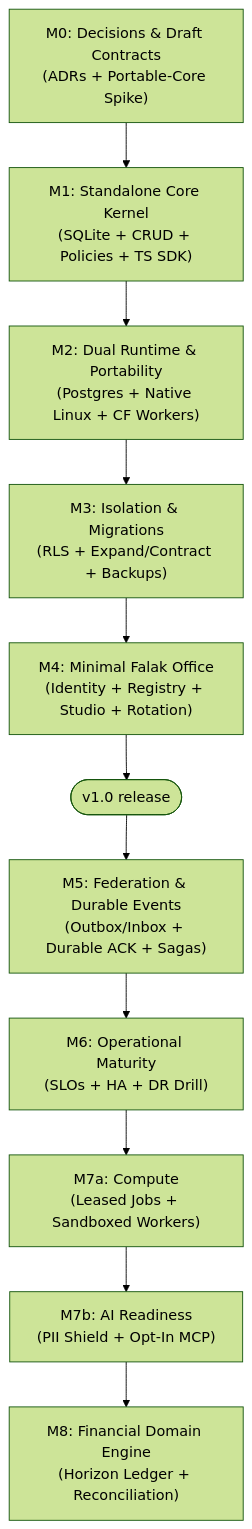
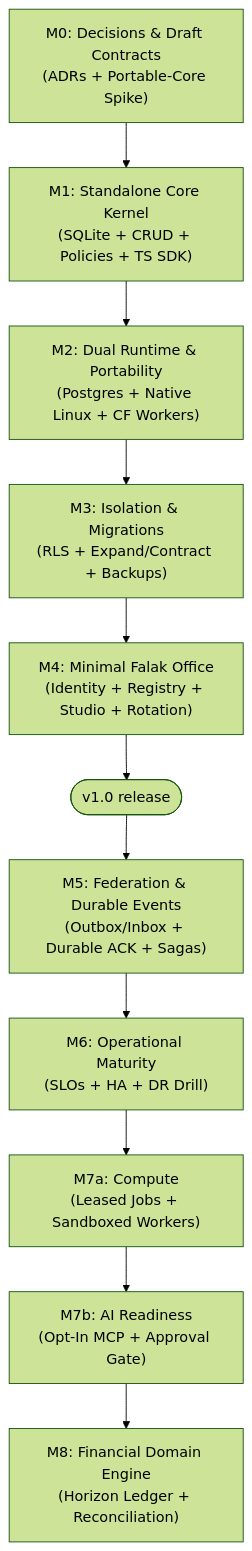
Before and after one commit to falakme/framework: the second of 2 diagrams in ARCHITECTURE.md, drawn with Mermaid (forest theme). The commit also changed other lines of this file and 31 other files, not shown here.

Commit message:
AI phase: drop the PII system; MCP omits pii and encrypted fields, neutral ClarityAI fixture, smoke test updated

````diff
--- a/ARCHITECTURE.md
+++ b/ARCHITECTURE.md
@@ -238,13 +238,13 @@
 ```mermaid
 flowchart TD
     M0["M0: Decisions & Draft Contracts<br/>(ADRs + Portable-Core Spike)"] --> M1["M1: Standalone Core Kernel<br/>(SQLite + CRUD + Policies + TS SDK)"]
     M1 --> M2["M2: Dual Runtime & Portability<br/>(Postgres + Native Linux + CF Workers)"]
     M2 --> M3["M3: Isolation & Migrations<br/>(RLS + Expand/Contract + Backups)"]
     M3 --> M4["M4: Minimal Falak Office<br/>(Identity + Registry + Studio + Rotation)"]
     M4 --> V1(["v1.0 release"])
     V1 --> M5["M5: Federation & Durable Events<br/>(Outbox/Inbox + Durable ACK + Sagas)"]
     M5 --> M6["M6: Operational Maturity<br/>(SLOs + HA + DR Drill)"]
     M6 --> M7a["M7a: Compute<br/>(Leased Jobs + Sandboxed Workers)"]
-    M7a --> M7b["M7b: AI Readiness<br/>(PII Shield + Opt-In MCP)"]
+    M7a --> M7b["M7b: AI Readiness<br/>(Opt-In MCP + Approval Gate)"]
     M7b --> M8["M8: Financial Domain Engine<br/>(Horizon Ledger + Reconciliation)"]
 ```
````
